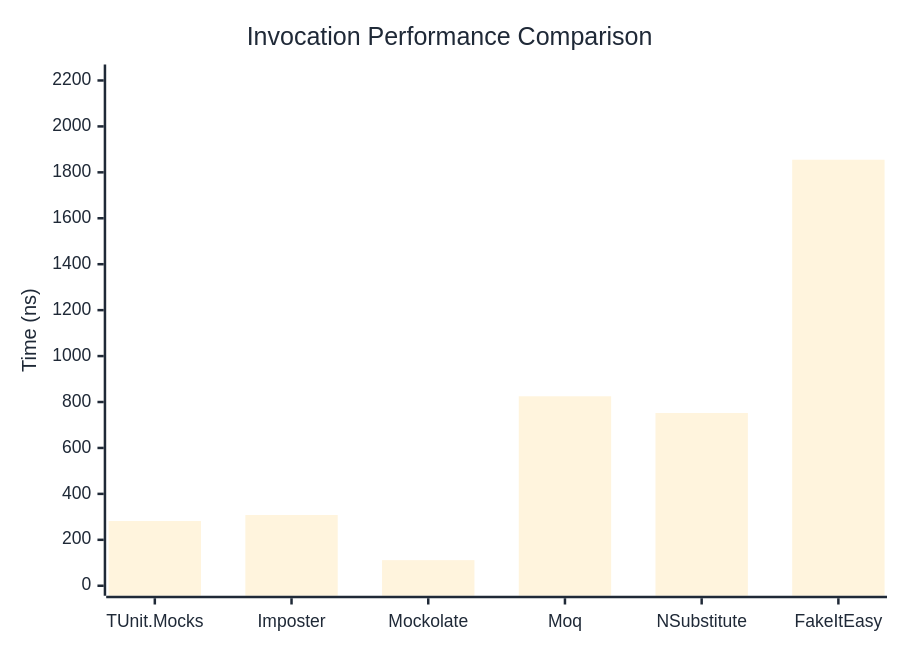
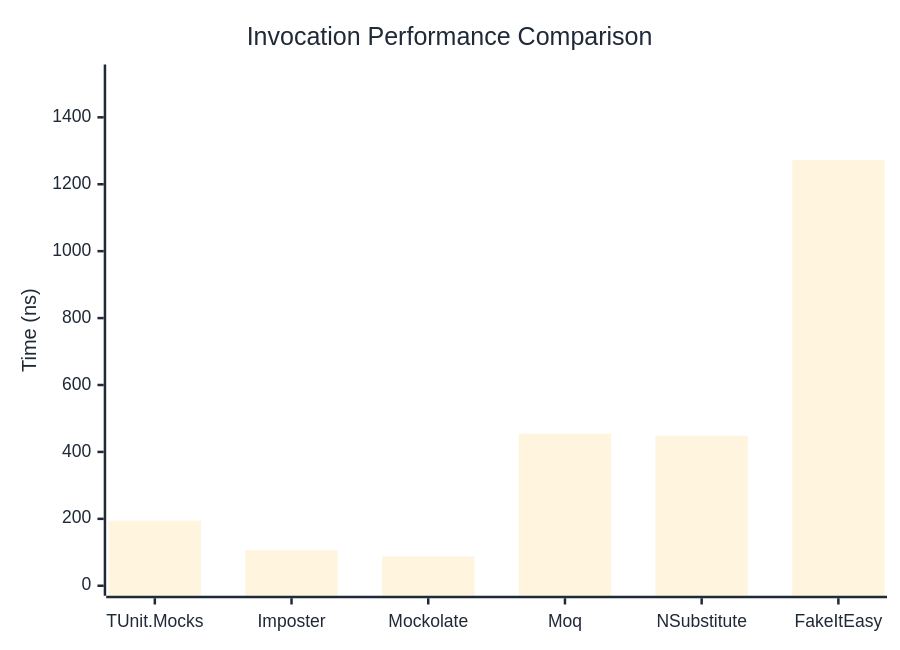
Before and after one commit to thomhurst/TUnit: the first of 3 diagrams in docs/docs/benchmarks/mocks/Invocation.md, drawn with Mermaid. The commit also changed other lines of this file and 14 other files, not shown here.

````diff
--- a/docs/docs/benchmarks/mocks/Invocation.md
+++ b/docs/docs/benchmarks/mocks/Invocation.md
@@ -30,27 +30,27 @@
 ```mermaid
 %%{init: {
   'theme':'base',
   'themeVariables': {
     'primaryColor': '#2563eb',
     'primaryTextColor': '#1f2937',
     'primaryBorderColor': '#1e40af',
     'lineColor': '#6b7280',
     'secondaryColor': '#7c3aed',
     'tertiaryColor': '#dc2626',
     'background': '#ffffff',
     'pie1': '#2563eb',
     'pie2': '#7c3aed',
     'pie3': '#dc2626',
     'pie4': '#f59e0b',
     'pie5': '#10b981',
     'pie6': '#06b6d4',
     'pie7': '#ec4899',
     'pie8': '#6366f1'
   }
 }}%%
 xychart-beta
   title "Invocation Performance Comparison"
   x-axis ["TUnit.Mocks", "Imposter", "Mockolate", "Moq", "NSubstitute", "FakeItEasy"]
-  y-axis "Time (ns)" 0 --> 2226
-  bar [281.83, 307.95, 111.46, 825.03, 752.19, 1854.86]
+  y-axis "Time (ns)" 0 --> 1528
+  bar [194.53, 106.2, 87.69, 454.11, 448.31, 1272.55]
 ```
````
